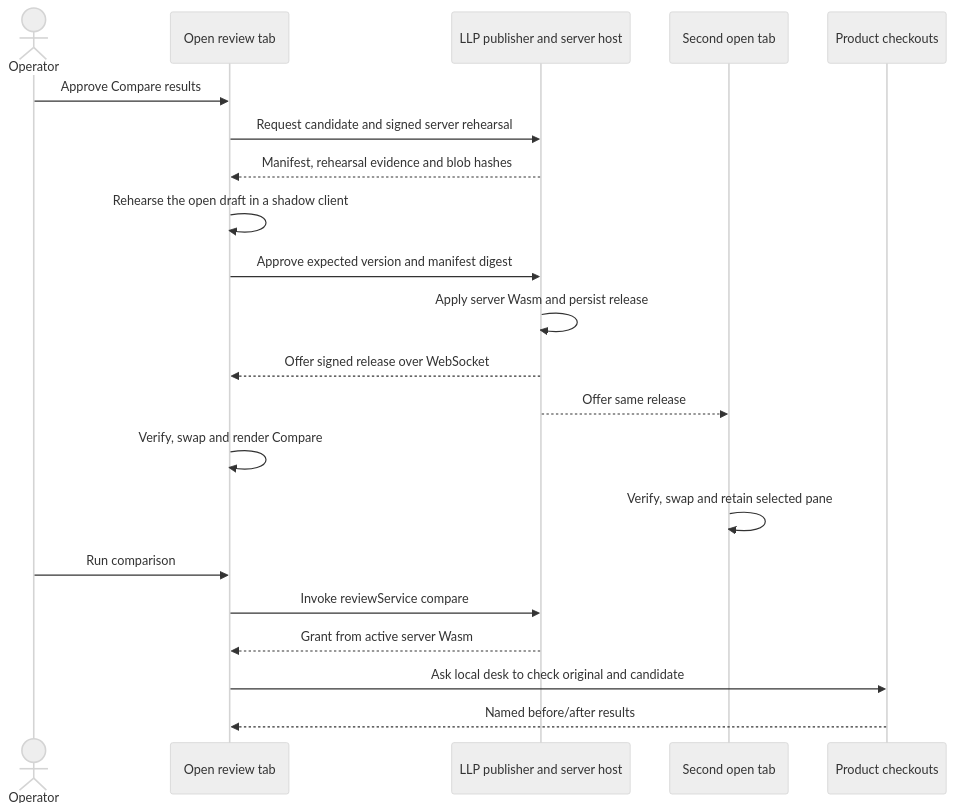
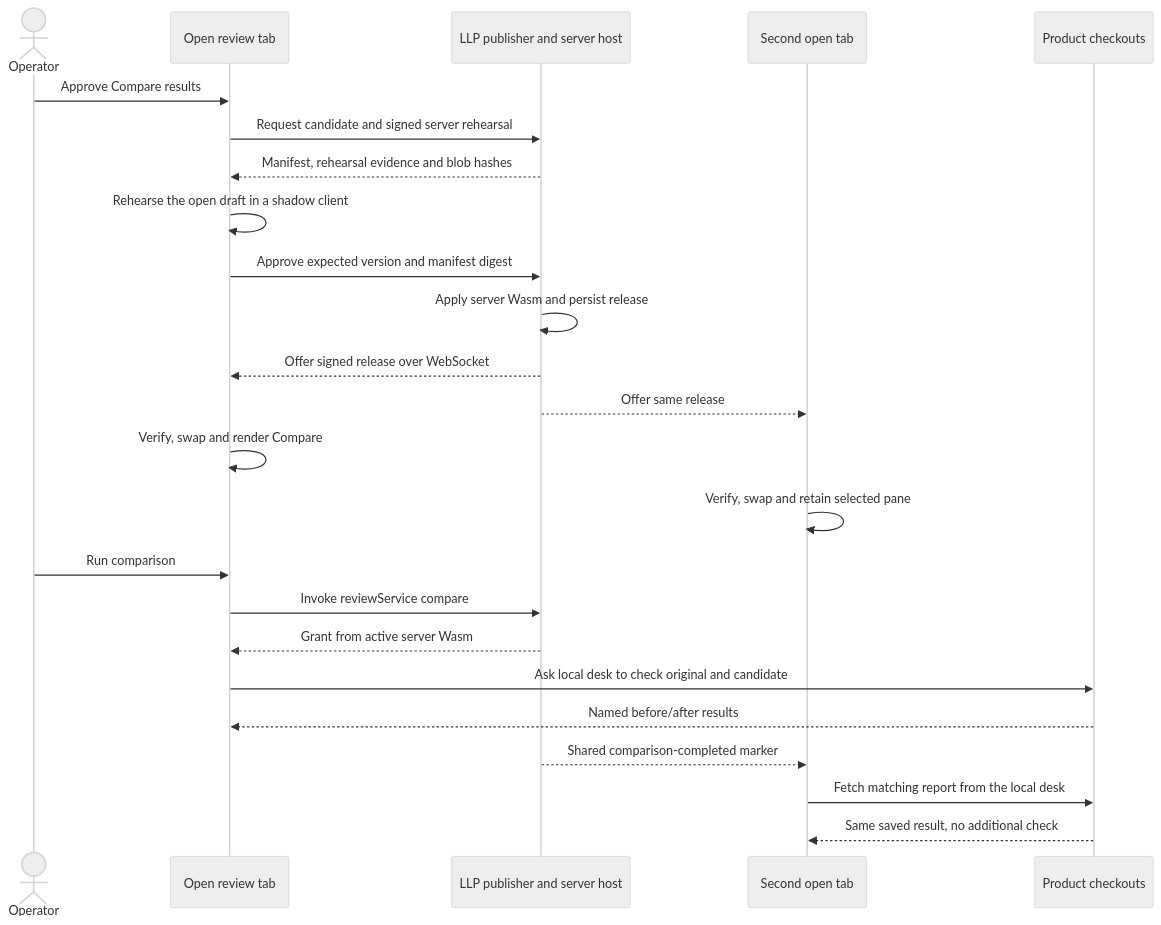
One commit to marioG1025/morph-factory changed the diagram in docs/llp-integration.md. Above: the diagram before and after it, drawn with Mermaid (neutral theme). The commit also changed 1 other file, not shown here.

Commit message:
docs: show shared review results in the two-tab walkthrough

````diff
--- a/docs/llp-integration.md
+++ b/docs/llp-integration.md
@@ -7,23 +7,26 @@
 ```mermaid
 sequenceDiagram
     actor Operator
     participant Tab as Open review tab
     participant Host as LLP publisher and server host
     participant Peer as Second open tab
     participant Git as Product checkouts
     Operator->>Tab: Approve Compare results
     Tab->>Host: Request candidate and signed server rehearsal
     Host-->>Tab: Manifest, rehearsal evidence and blob hashes
     Tab->>Tab: Rehearse the open draft in a shadow client
     Tab->>Host: Approve expected version and manifest digest
     Host->>Host: Apply server Wasm and persist release
     Host-->>Tab: Offer signed release over WebSocket
     Host-->>Peer: Offer same release
     Tab->>Tab: Verify, swap and render Compare
     Peer->>Peer: Verify, swap and retain selected pane
     Operator->>Tab: Run comparison
     Tab->>Host: Invoke reviewService compare
     Host-->>Tab: Grant from active server Wasm
     Tab->>Git: Ask local desk to check original and candidate
     Git-->>Tab: Named before/after results
+    Host-->>Peer: Shared comparison-completed marker
+    Peer->>Git: Fetch matching report from the local desk
+    Git-->>Peer: Same saved result, no additional check
 ```
````
